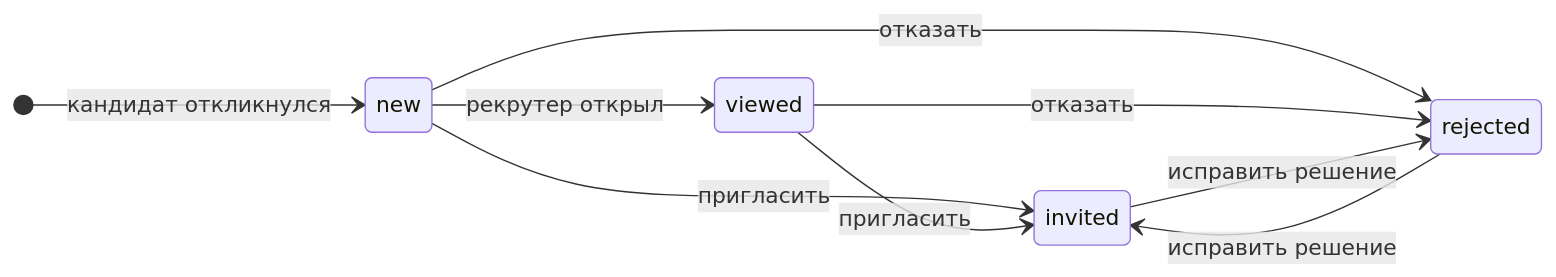
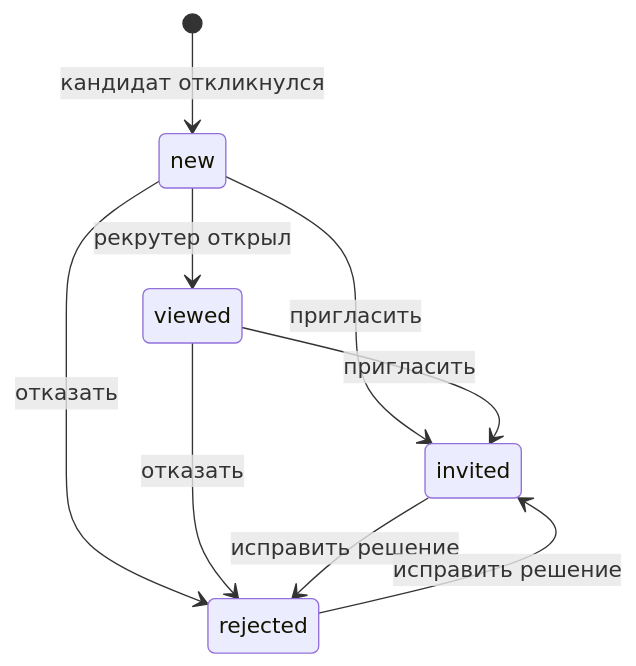
The third of 3 diagrams in docs/solution/03_matching.md (Vadik145-beep/fsp-talent), drawn with Mermaid before and after one commit. The commit also changed 5 other files, not shown here.

````diff
--- a/docs/solution/03_matching.md
+++ b/docs/solution/03_matching.md
@@ -274,12 +274,11 @@
 ```mermaid
 stateDiagram-v2
-    direction LR
     [*] --> new: кандидат откликнулся
     new --> viewed: рекрутер открыл
     new --> invited: пригласить
     new --> rejected: отказать
     viewed --> invited: пригласить
     viewed --> rejected: отказать
     invited --> rejected: исправить решение
     rejected --> invited: исправить решение
 ```
````
